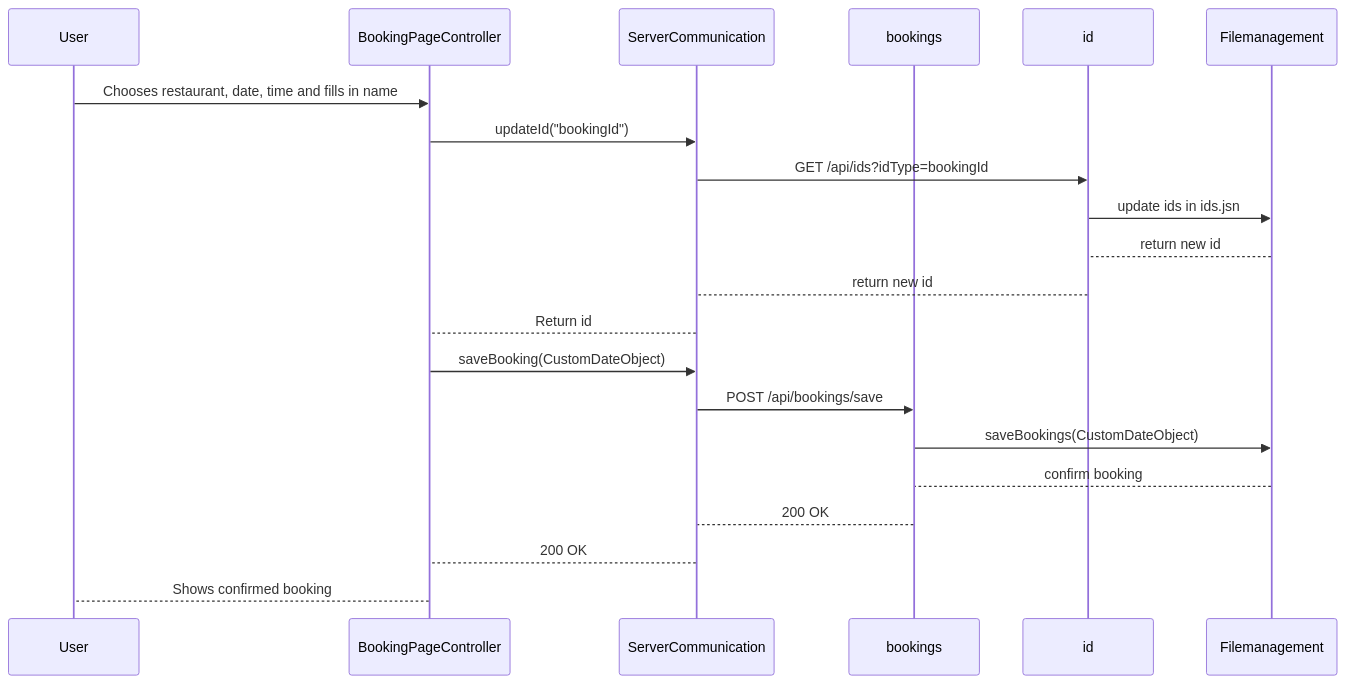
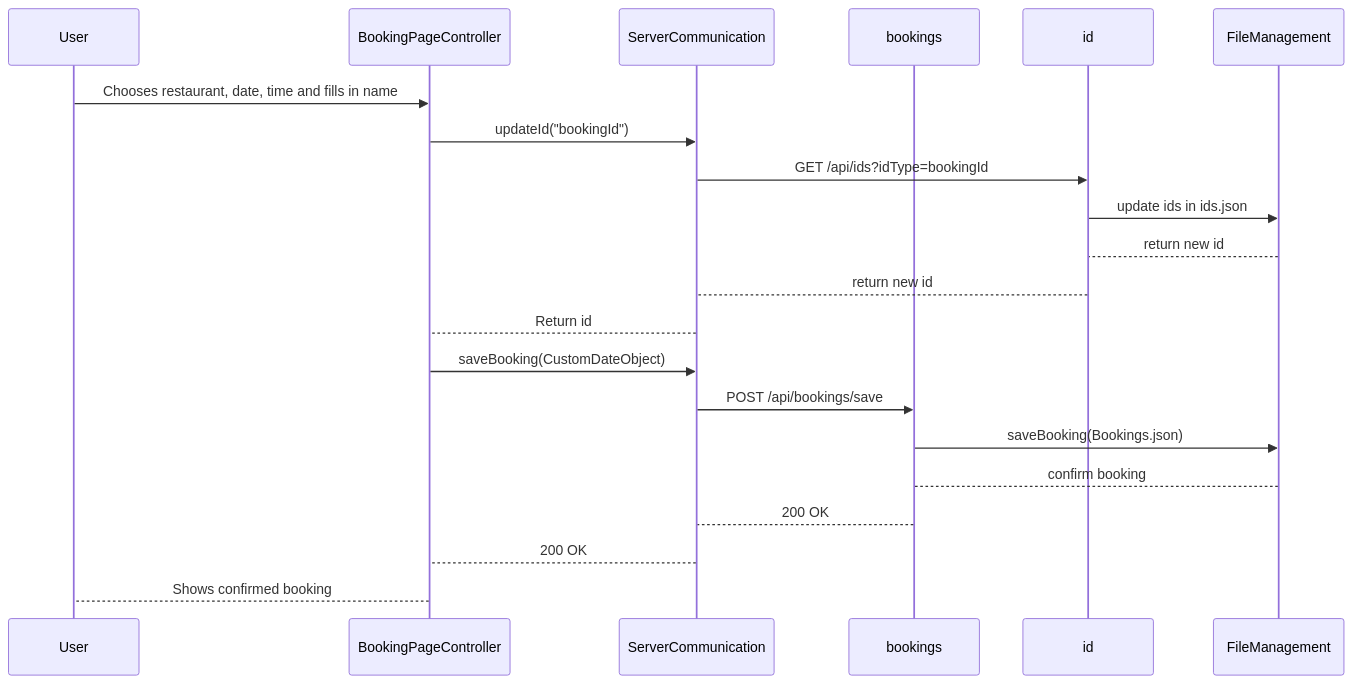
One commit to marsun02/IT1901_Booking_Manager changed the diagram in Sequence-diagram.md. Above: the diagram before and after it, drawn with Mermaid.

Commit message:
docs: :pencil2: Fixed typos throughout the diagram #197

````diff
--- a/Sequence-diagram.md
+++ b/Sequence-diagram.md
@@ -1,26 +1,26 @@
 ```mermaid 
 
 sequenceDiagram
     participant User
     participant BookingPageController
     participant ServerCommunication
     participant bookings
     participant id
-    participant Filemanagement
+    participant FileManagement
 
     User->>BookingPageController: Chooses restaurant, date, time and fills in name
     BookingPageController->>ServerCommunication: updateId("bookingId")
     ServerCommunication->>id: GET /api/ids?idType=bookingId
-    id->>Filemanagement: update ids in ids.jsn
-    Filemanagement-->id: return new id
+    id->>FileManagement: update ids in ids.json
+    FileManagement-->id: return new id
     id-->ServerCommunication: return new id
     ServerCommunication-->BookingPageController: Return id
     BookingPageController->>ServerCommunication: saveBooking(CustomDateObject)
     ServerCommunication->>bookings: POST /api/bookings/save
-    bookings->>Filemanagement: saveBookings(CustomDateObject)
-    Filemanagement-->bookings: confirm booking
+    bookings->>FileManagement: saveBooking(Bookings.json)
+    FileManagement-->bookings: confirm booking
     bookings-->ServerCommunication: 200 OK
     ServerCommunication-->BookingPageController: 200 OK
     BookingPageController-->User: Shows confirmed booking
     
 ```
````
